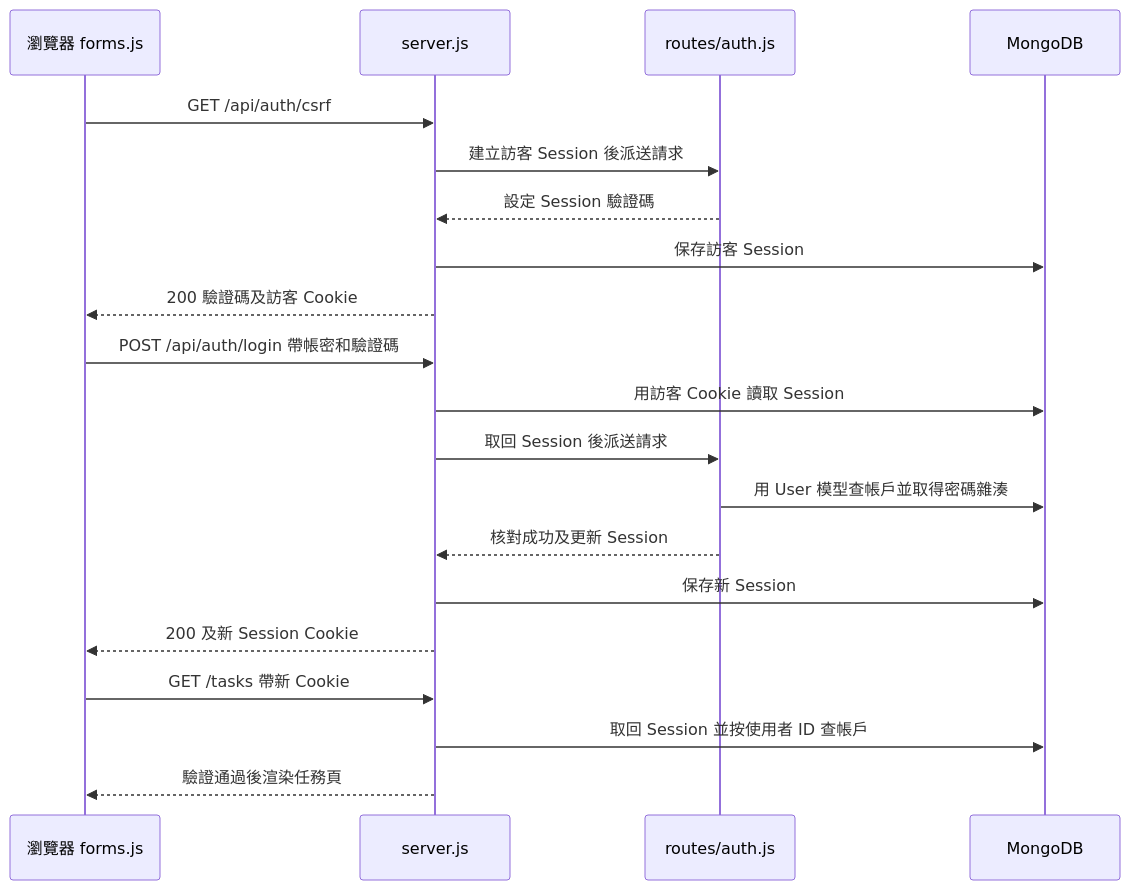
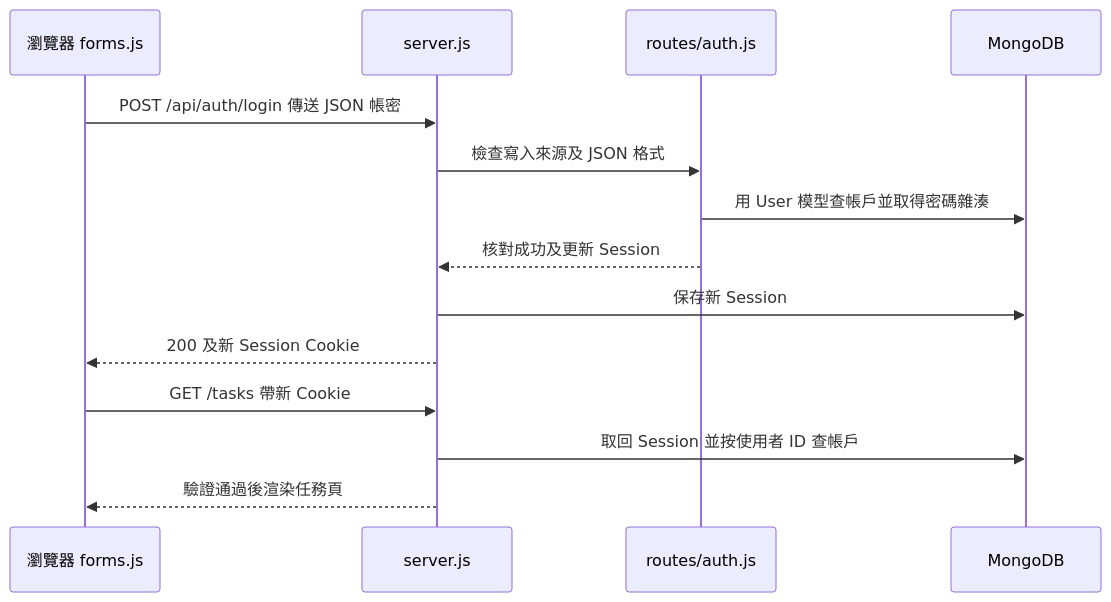
Before and after one commit to RyanCheung0428/COMP_3810SEF_Task_Management_System: the diagram in docs/member-01-auth-session.md, drawn with Mermaid. The commit also changed other lines of this file and 13 other files, not shown here.

First line of the commit message:
Simplify TaskFlow session login and the cURL demo

````diff
--- a/docs/member-01-auth-session.md
+++ b/docs/member-01-auth-session.md
@@ -19,22 +19,16 @@
 ```mermaid
 sequenceDiagram
     participant B as 瀏覽器 forms.js
     participant S as server.js
     participant A as routes/auth.js
     participant D as MongoDB
-    B->>S: GET /api/auth/csrf
-    S->>A: 建立訪客 Session 後派送請求
-    A-->>S: 設定 Session 驗證碼
-    S->>D: 保存訪客 Session
-    S-->>B: 200 驗證碼及訪客 Cookie
-    B->>S: POST /api/auth/login 帶帳密和驗證碼
-    S->>D: 用訪客 Cookie 讀取 Session
-    S->>A: 取回 Session 後派送請求
+    B->>S: POST /api/auth/login 傳送 JSON 帳密
+    S->>A: 檢查寫入來源及 JSON 格式
     A->>D: 用 User 模型查帳戶並取得密碼雜湊
     A-->>S: 核對成功及更新 Session
     S->>D: 保存新 Session
     S-->>B: 200 及新 Session Cookie
     B->>S: GET /tasks 帶新 Cookie
     S->>D: 取回 Session 並按使用者 ID 查帳戶
     S-->>B: 驗證通過後渲染任務頁
 ```
````
